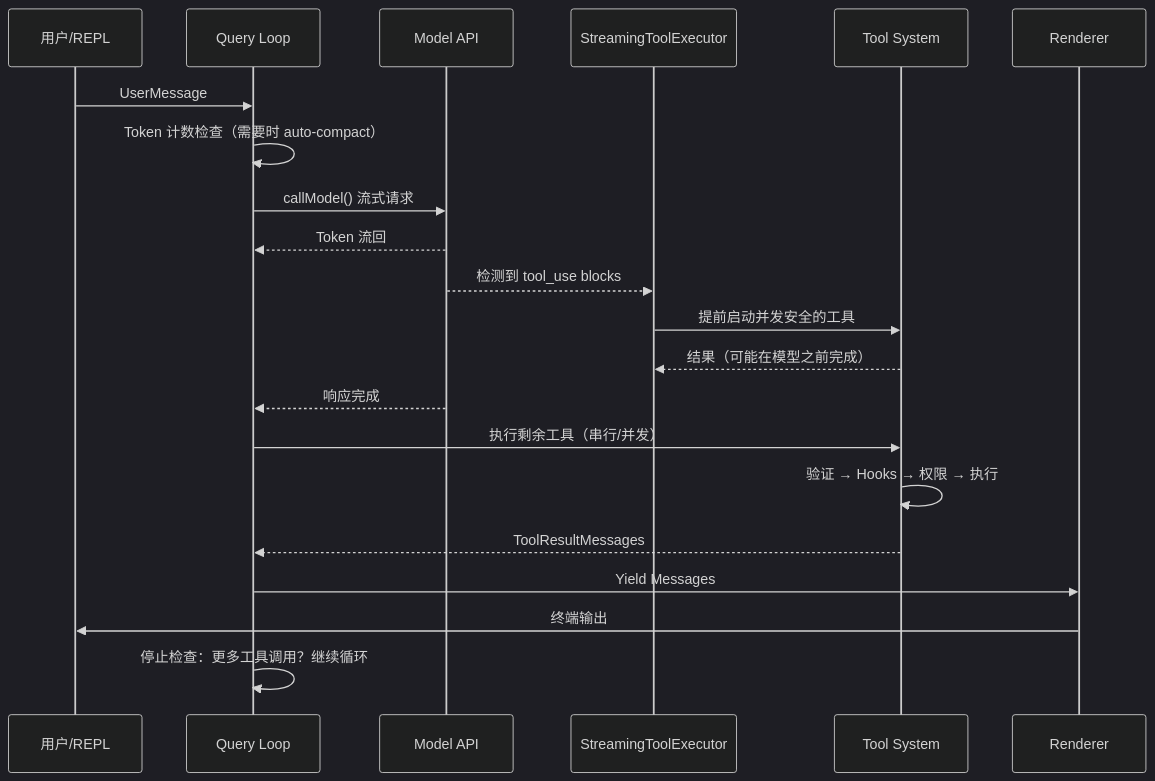
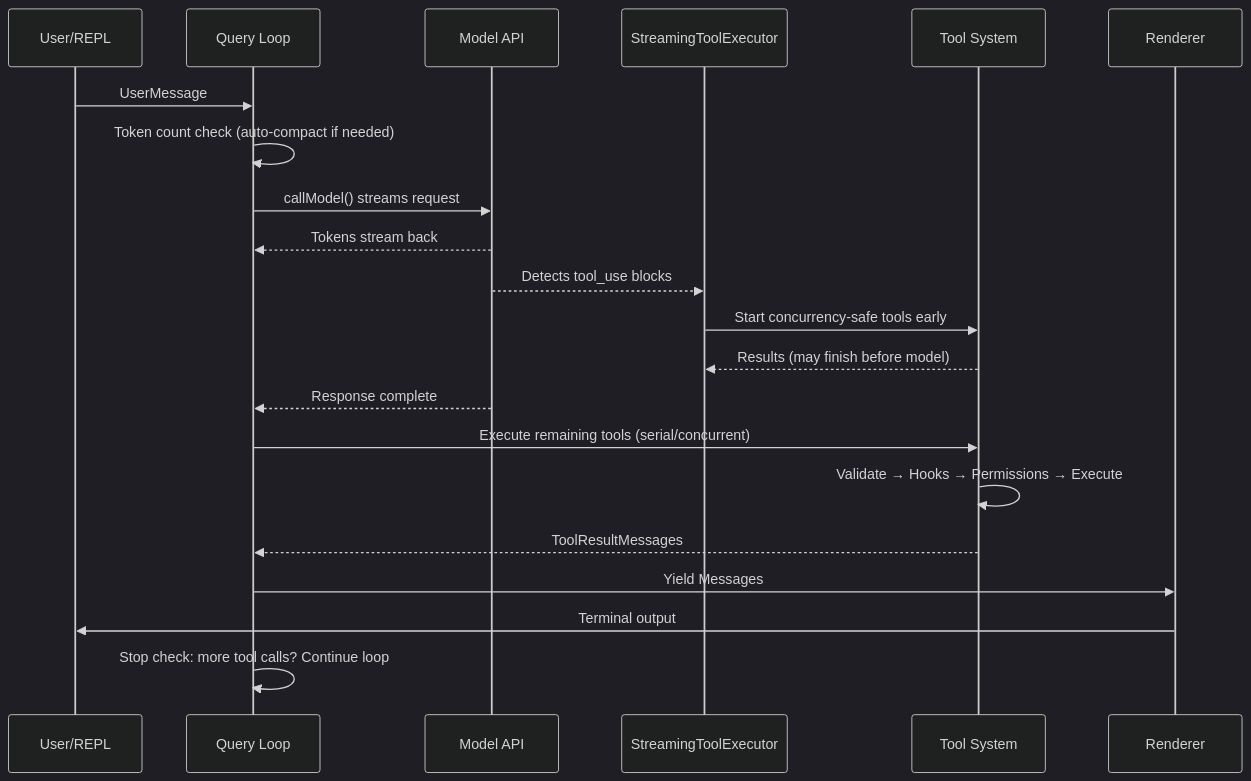
The second of 5 diagrams in book-zh/ch01-architecture.md (llwanghong/claude-code-universe), drawn with Mermaid (dark theme) before and after one commit. The commit also changed other lines of this file and 4 other files, not shown here.

````diff
--- a/book-zh/ch01-architecture.md
+++ b/book-zh/ch01-architecture.md
@@ -45,24 +53,24 @@
 ```mermaid
 sequenceDiagram
-    participant U as 用户/REPL
+    participant U as User/REPL
     participant Q as Query Loop
     participant M as Model API
     participant SE as StreamingToolExecutor
     participant T as Tool System
     participant R as Renderer
 
     U->>Q: UserMessage
-    Q->>Q: Token 计数检查（需要时 auto-compact）
-    Q->>M: callModel() 流式请求
-    M-->>Q: Token 流回
-    M-->>SE: 检测到 tool_use blocks
-    SE->>T: 提前启动并发安全的工具
-    T-->>SE: 结果（可能在模型之前完成）
-    M-->>Q: 响应完成
-    Q->>T: 执行剩余工具（串行/并发）
-    T->>T: 验证 → Hooks → 权限 → 执行
+    Q->>Q: Token count check (auto-compact if needed)
+    Q->>M: callModel() streams request
+    M-->>Q: Tokens stream back
+    M-->>SE: Detects tool_use blocks
+    SE->>T: Start concurrency-safe tools early
+    T-->>SE: Results (may finish before model)
+    M-->>Q: Response complete
+    Q->>T: Execute remaining tools (serial/concurrent)
+    T->>T: Validate → Hooks → Permissions → Execute
     T-->>Q: ToolResultMessages
     Q->>R: Yield Messages
-    R->>U: 终端输出
-    Q->>Q: 停止检查：更多工具调用？继续循环
+    R->>U: Terminal output
+    Q->>Q: Stop check: more tool calls? Continue loop
 ```
````
